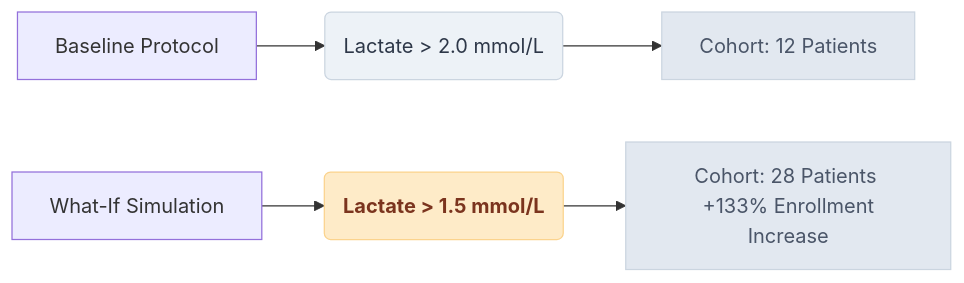
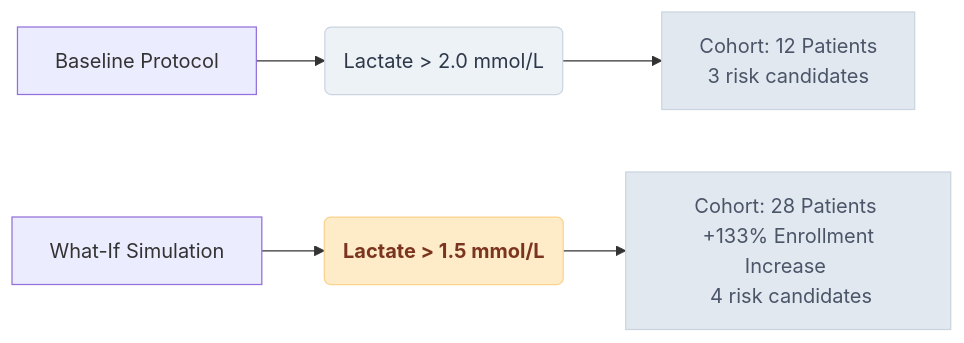
One commit to jcordovaj/TrialMatcher changed the fourth of 7 diagrams in README.md. Above: the diagram before and after it, drawn with Mermaid. The commit also changed other lines of this file, not shown here.

````diff
--- a/README.md
+++ b/README.md
@@ -219,17 +221,17 @@
 ```mermaid
 graph LR
     classDef baseline fill:#edf2f7,stroke:#cbd5e0,color:#2d3748;
     classDef change fill:#feebc8,stroke:#fbd38d,color:#7b341e,font-weight:bold;
     classDef result fill:#e2e8f0,stroke:#cbd5e0,color:#4a5568;
 
     A[Baseline Protocol] --> B(Lactate > 2.0 mmol/L)
     class B baseline;
 
     C[What-If Simulation] --> D(Lactate > 1.5 mmol/L)
     class D change;
 
-    B --> E[Cohort: 12 Patients]
-    D --> F[Cohort: 28 Patients <br> +133% Enrollment Increase]
+    B --> E[Cohort: 12 Patients <br> 3 risk candidates]
+    D --> F[Cohort: 28 Patients <br> +133% Enrollment Increase <br> 4 risk candidates]
     class E result;
     class F result;
 ```
````
